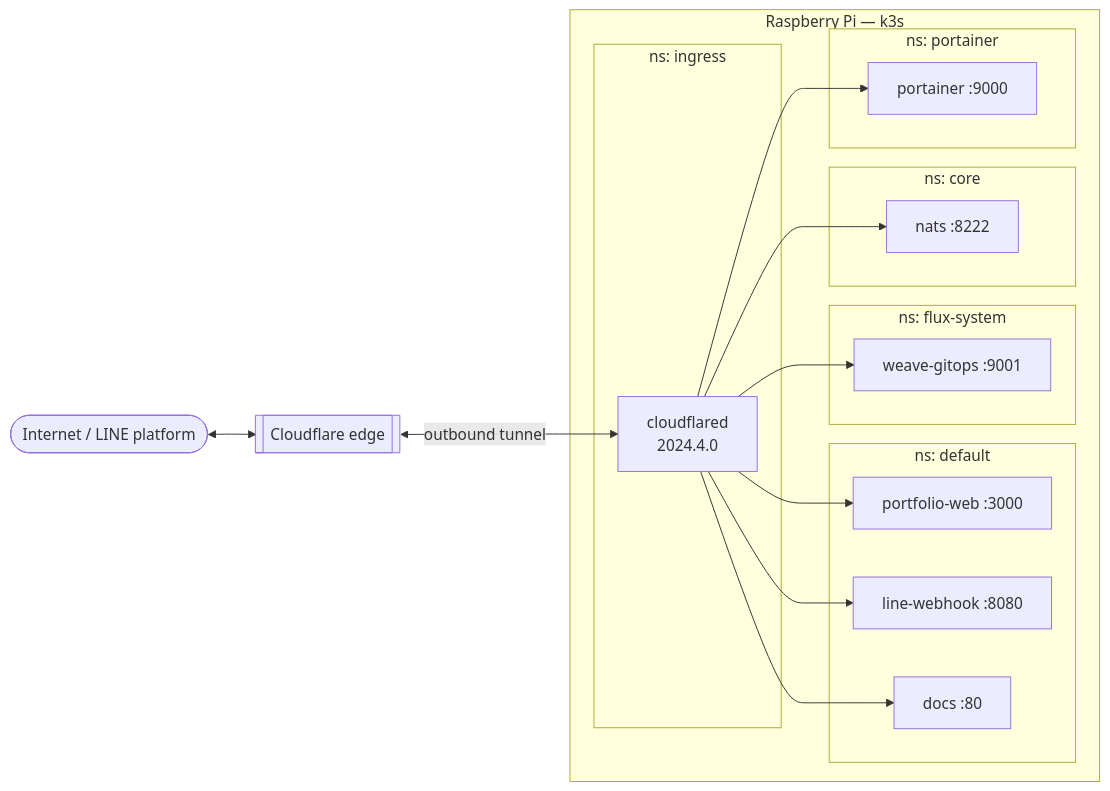
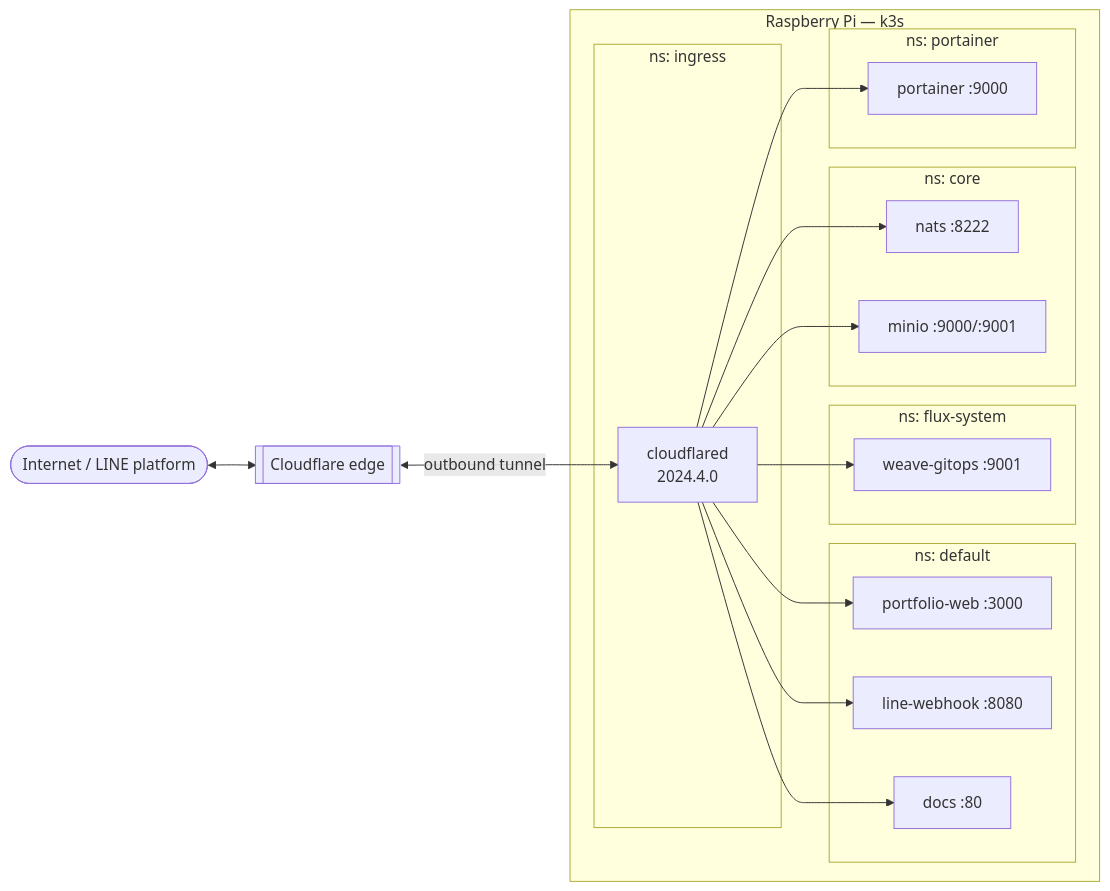
Before and after one commit to Chokchai-Fa/homelab-monorepo: the diagram in apps/docs/docs/infrastructure/networking.md, drawn with Mermaid. The commit also changed other lines of this file and 3 other files, not shown here.

````diff
--- a/apps/docs/docs/infrastructure/networking.md
+++ b/apps/docs/docs/infrastructure/networking.md
@@ -14,34 +14,36 @@
 ```mermaid
 flowchart LR
   internet([Internet / LINE platform])
   cfedge[[Cloudflare edge]]
 
   subgraph pi["Raspberry Pi — k3s"]
     subgraph ingressns["ns: ingress"]
       cfd["cloudflared<br/>2024.4.0"]
     end
     subgraph defaultns["ns: default"]
       pf[portfolio-web :3000]
       lw[line-webhook :8080]
       docs[docs :80]
     end
     subgraph fluxns["ns: flux-system"]
       wg[weave-gitops :9001]
     end
     subgraph co ["ns: core"]
       natsm[nats :8222]
+      minio["minio :9000/:9001"]
     end
     subgraph portns["ns: portainer"]
       port[portainer :9000]
     end
   end
 
   internet <--> cfedge
   cfedge <-->|outbound tunnel| cfd
   cfd --> pf
   cfd --> lw
   cfd --> docs
   cfd --> wg
   cfd --> natsm
+  cfd --> minio
   cfd --> port
 ```
````
